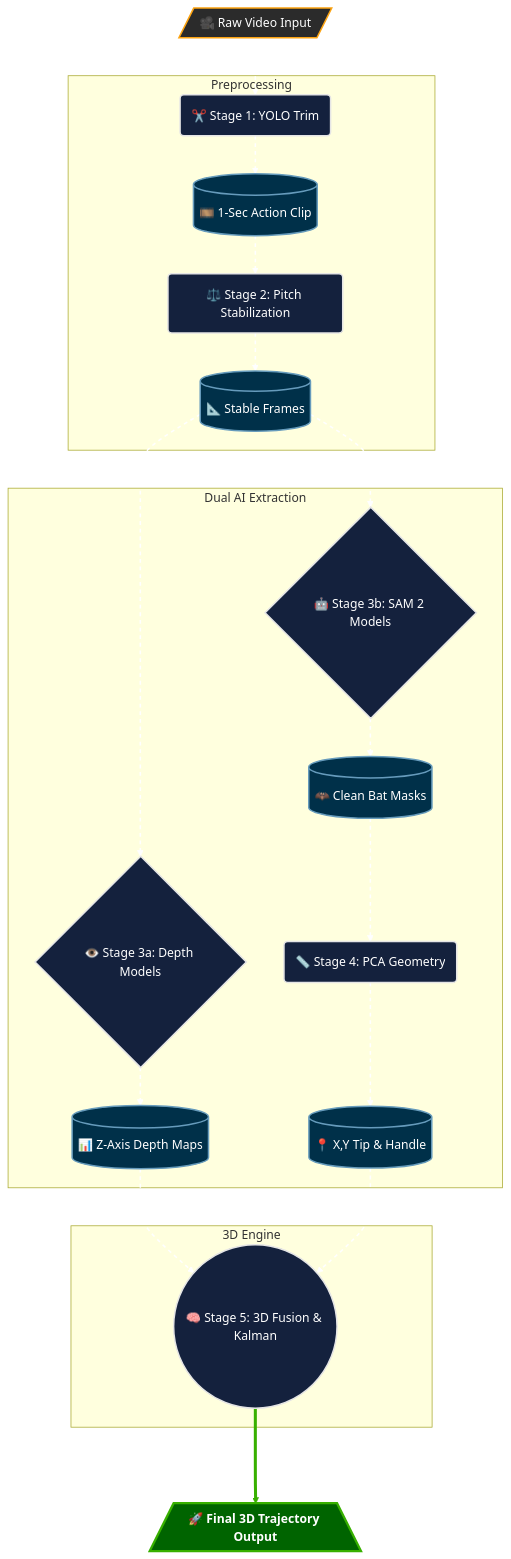
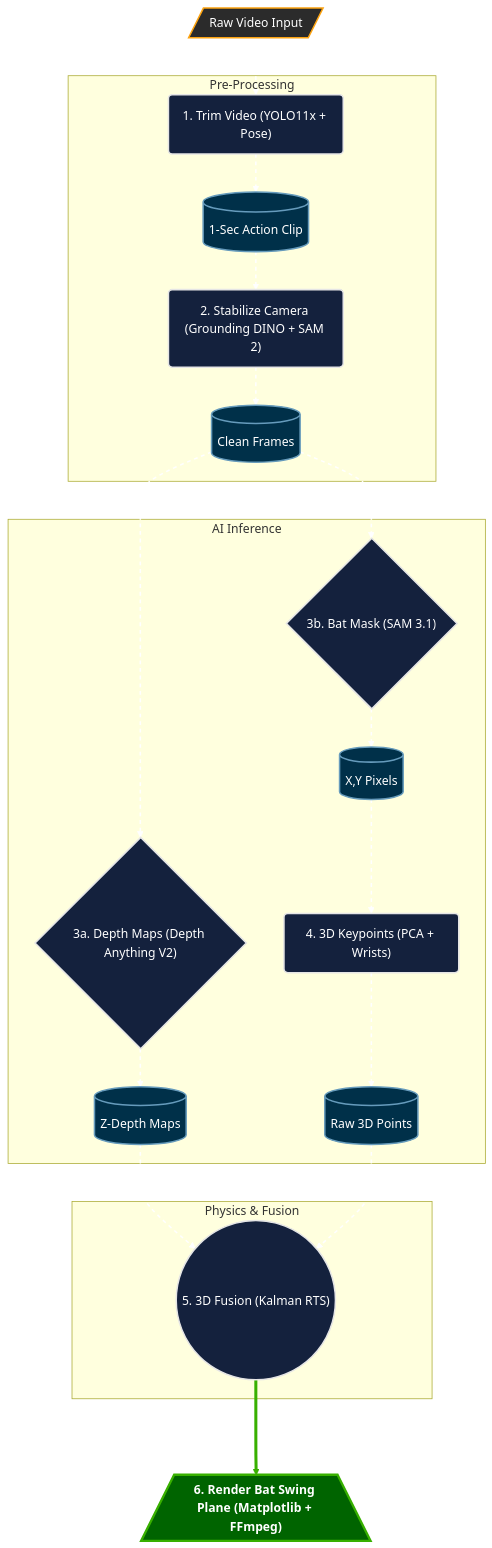
Before and after one commit to adnanmsk/blog_privew: the first of 4 diagrams in pipeline_diagrams.md, drawn with Mermaid. The commit also changed other lines of this file, not shown here.

Commit message:
Remove emojis and fix model names in diagram options

````diff
--- a/pipeline_diagrams.md
+++ b/pipeline_diagrams.md
@@ -10,41 +10,41 @@
 ```mermaid
 flowchart TD
     %% Custom Styles
     classDef input fill:#2b2b2b,stroke:#fca311,stroke-width:2px,color:#fff,rx:10px,ry:10px;
     classDef stage fill:#14213d,stroke:#e5e5e5,stroke-width:2px,color:#fff,rx:5px,ry:5px;
     classDef data fill:#003049,stroke:#669bbc,stroke-width:2px,color:#fff,rx:15px,ry:15px;
     classDef output fill:#006400,stroke:#38b000,stroke-width:3px,color:#fff,rx:10px,ry:10px,font-weight:bold;
 
-    Vid[/"🎥 Raw Video Input"/]:::input --> S1
+    Vid[/"Raw Video Input"/]:::input --> S1
     
-    subgraph Preprocessing
-    S1("✂️ Stage 1: YOLO Trim"):::stage --> Clip[("🎞️ 1-Sec Action Clip")]:::data
-    Clip --> S2("⚖️ Stage 2: Pitch Stabilization"):::stage
-    S2 --> Stable[("📐 Stable Frames")]:::data
+    subgraph Pre-Processing
+    S1("1. Trim Video (YOLO11x + Pose)"):::stage --> Clip[("1-Sec Action Clip")]:::data
+    Clip --> S2("2. Stabilize Camera (Grounding DINO + SAM 2)"):::stage
+    S2 --> Stable[("Clean Frames")]:::data
     end
     
     Stable --> S3A
     Stable --> S3B
 
-    subgraph Dual AI Extraction
-    S3A{"👁️ Stage 3a: Depth Models"}:::stage
-    S3B{"🤖 Stage 3b: SAM 2 Models"}:::stage
-    S3A --> ZData[("📊 Z-Axis Depth Maps")]:::data
-    S3B --> Mask[("🦇 Clean Bat Masks")]:::data
-    Mask --> S4("📏 Stage 4: PCA Geometry"):::stage
-    S4 --> XYData[("📍 X,Y Tip & Handle")]:::data
+    subgraph AI Inference
+    S3A{"3a. Depth Maps (Depth Anything V2)"}:::stage
+    S3B{"3b. Bat Mask (SAM 3.1)"}:::stage
+    S3A --> ZData[("Z-Depth Maps")]:::data
+    S3B --> Mask[("X,Y Pixels")]:::data
+    Mask --> S4("4. 3D Keypoints (PCA + Wrists)"):::stage
+    S4 --> XYData[("Raw 3D Points")]:::data
     end
     
     ZData --> S5
     XYData --> S5
 
-    subgraph 3D Engine
-    S5(("🧠 Stage 5: 3D Fusion & Kalman")):::stage
+    subgraph Physics & Fusion
+    S5(("5. 3D Fusion (Kalman RTS)")):::stage
     end
     
-    S5 ===> Out[/"🚀 Final 3D Trajectory Output"\]:::output
+    S5 ===> Out[/"6. Render Bat Swing Plane (Matplotlib + FFmpeg)"\]:::output
     
     %% Dashed Flow Lines
     linkStyle 0,1,2,3,4,5,6,7,8,9,10,11 stroke:#fff,stroke-width:2px,stroke-dasharray: 5 5;
     linkStyle 12 stroke:#38b000,stroke-width:4px;
 ```
````
